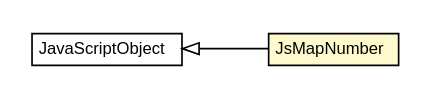
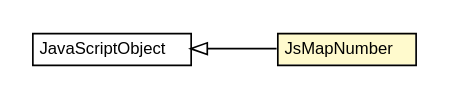
The diagram in javadoc/apidocs/org/turbogwt/core/collections/client/JsMapNumber.dot (growbit/turbogwt-core), drawn with Graphviz before and after one commit. The commit also changed 235 other files, not shown here.

```diff
--- a/javadoc/apidocs/org/turbogwt/core/collections/client/JsMapNumber.dot
+++ b/javadoc/apidocs/org/turbogwt/core/collections/client/JsMapNumber.dot
@@ -1,27 +1,27 @@
 #!/usr/local/bin/dot
 #
 # Class diagram 
 # Generated by UMLGraph version R5_6-24-gf6e263 (http://www.umlgraph.org/)
 #
 
 digraph G {
-	edge [fontname="arial",fontsize=10,labelfontname="arial",labelfontsize=10];
-	node [fontname="arial",fontsize=10,shape=plaintext];
+	edge [fontname="Helvetica",fontsize=10,labelfontname="Helvetica",labelfontsize=10];
+	node [fontname="Helvetica",fontsize=10,shape=plaintext];
 	nodesep=0.25;
 	ranksep=0.5;
 	rankdir=LR;
 	// org.turbogwt.core.collections.client.JsMapNumber
-	c813 [label=<<table title="org.turbogwt.core.collections.client.JsMapNumber" border="0" cellborder="1" cellspacing="0" cellpadding="2" port="p" bgcolor="lemonChiffon" href="./JsMapNumber.html">
+	c843 [label=<<table title="org.turbogwt.core.collections.client.JsMapNumber" border="0" cellborder="1" cellspacing="0" cellpadding="2" port="p" bgcolor="lemonChiffon" href="./JsMapNumber.html">
 		<tr><td><table border="0" cellspacing="0" cellpadding="1">
 <tr><td align="center" balign="center"> JsMapNumber </td></tr>
 		</table></td></tr>
-		</table>>, URL="./JsMapNumber.html", fontname="arial", fontcolor="black", fontsize=10.0];
+		</table>>, URL="./JsMapNumber.html", fontname="Helvetica", fontcolor="black", fontsize=10.0];
 	//org.turbogwt.core.collections.client.JsMapNumber extends com.google.gwt.core.client.JavaScriptObject
-	c843:p -> c813:p [dir=back,arrowtail=empty];
+	c868:p -> c843:p [dir=back,arrowtail=empty];
 	// com.google.gwt.core.client.JavaScriptObject
-	c843 [label=<<table title="com.google.gwt.core.client.JavaScriptObject" border="0" cellborder="1" cellspacing="0" cellpadding="2" port="p" href="http://google-web-toolkit.googlecode.com/svn/javadoc/latest/com/google/gwt/core/client/JavaScriptObject.html">
+	c868 [label=<<table title="com.google.gwt.core.client.JavaScriptObject" border="0" cellborder="1" cellspacing="0" cellpadding="2" port="p" href="http://google-web-toolkit.googlecode.com/svn/javadoc/latest/com/google/gwt/core/client/JavaScriptObject.html">
 		<tr><td><table border="0" cellspacing="0" cellpadding="1">
 <tr><td align="center" balign="center"> JavaScriptObject </td></tr>
 		</table></td></tr>
-		</table>>, URL="http://google-web-toolkit.googlecode.com/svn/javadoc/latest/com/google/gwt/core/client/JavaScriptObject.html", fontname="arial", fontcolor="black", fontsize=10.0];
+		</table>>, URL="http://google-web-toolkit.googlecode.com/svn/javadoc/latest/com/google/gwt/core/client/JavaScriptObject.html", fontname="Helvetica", fontcolor="black", fontsize=10.0];
 }
```
